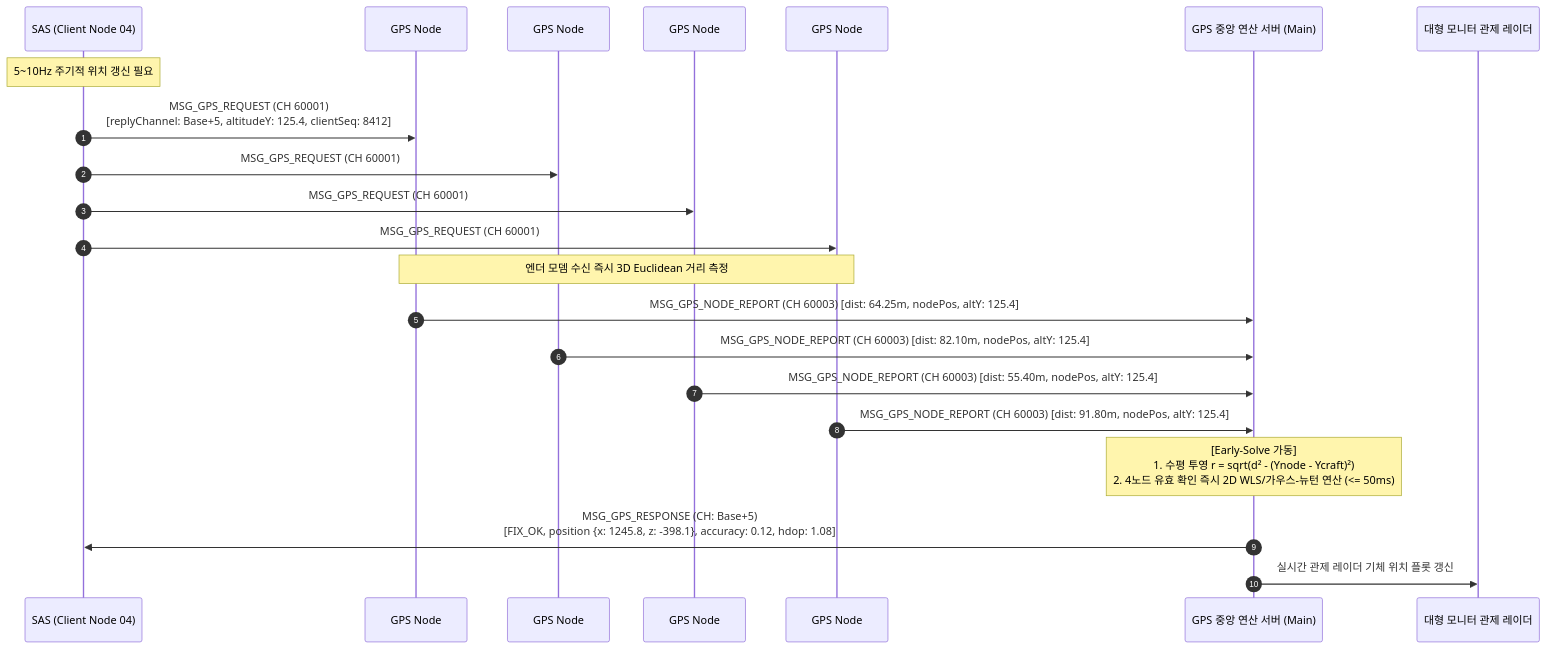
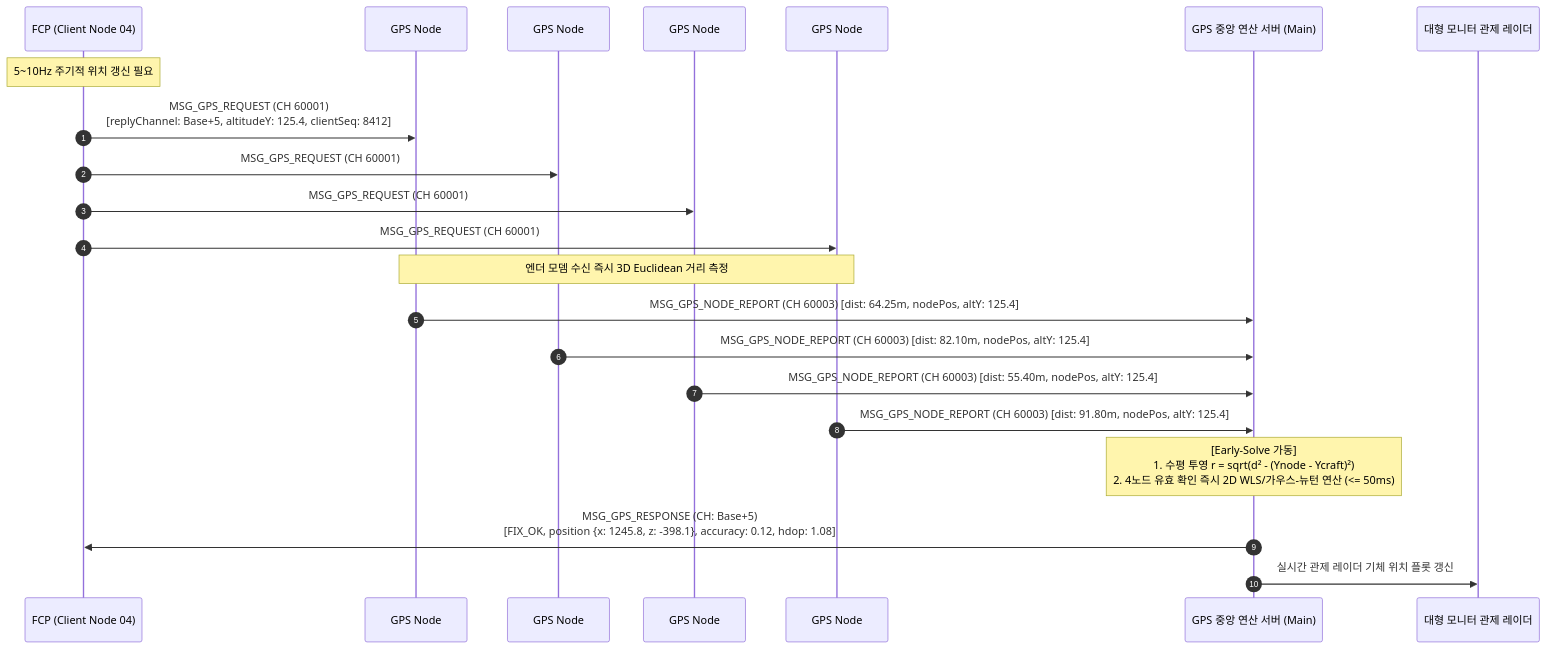
One commit to Polimachi/Aeroneutics_Autopilot changed the fourth of 9 diagrams in docs/system/SYSTEM_PROGRAM_RELATION_AND_PACKET_DIAGRAM.md. Above: the diagram before and after it, drawn with Mermaid. The commit also changed other lines of this file and 90 other files, not shown here.

Commit message:
refactor(system): consolidate 0_infra, migrate SAS to FCP, and adopt single-tier specs

````diff
--- a/docs/system/SYSTEM_PROGRAM_RELATION_AND_PACKET_DIAGRAM.md
+++ b/docs/system/SYSTEM_PROGRAM_RELATION_AND_PACKET_DIAGRAM.md
@@ -327,28 +337,28 @@
 ```mermaid
 sequenceDiagram
     autonumber
-    participant U as SAS (Client Node 04)
+    participant U as FCP (Client Node 04)
     participant N1 as GPS Node #01
     participant N2 as GPS Node #02
     participant N3 as GPS Node #03
     participant N4 as GPS Node #04
     participant S as GPS 중앙 연산 서버 (Main)
     participant R as 대형 모니터 관제 레이더
 
     Note over U: 5~10Hz 주기적 위치 갱신 필요
     U->>N1: MSG_GPS_REQUEST (CH 60001)<br/>[replyChannel: Base+5, altitudeY: 125.4, clientSeq: 8412]
     U->>N2: MSG_GPS_REQUEST (CH 60001)
     U->>N3: MSG_GPS_REQUEST (CH 60001)
     U->>N4: MSG_GPS_REQUEST (CH 60001)
 
     Note over N1,N4: 엔더 모뎀 수신 즉시 3D Euclidean 거리 측정
     N1->>S: MSG_GPS_NODE_REPORT (CH 60003) [dist: 64.25m, nodePos, altY: 125.4]
     N2->>S: MSG_GPS_NODE_REPORT (CH 60003) [dist: 82.10m, nodePos, altY: 125.4]
     N3->>S: MSG_GPS_NODE_REPORT (CH 60003) [dist: 55.40m, nodePos, altY: 125.4]
     N4->>S: MSG_GPS_NODE_REPORT (CH 60003) [dist: 91.80m, nodePos, altY: 125.4]
 
     Note over S: [Early-Solve 가동]<br/>1. 수평 투영 r = sqrt(d² - (Ynode - Ycraft)²)<br/>2. 4노드 유효 확인 즉시 2D WLS/가우스-뉴턴 연산 (<= 50ms)
     
     S->>U: MSG_GPS_RESPONSE (CH: Base+5)<br/>[FIX_OK, position {x: 1245.8, z: -398.1}, accuracy: 0.12, hdop: 1.08]
     S->>R: 실시간 관제 레이더 기체 위치 플롯 갱신
 ```
````
